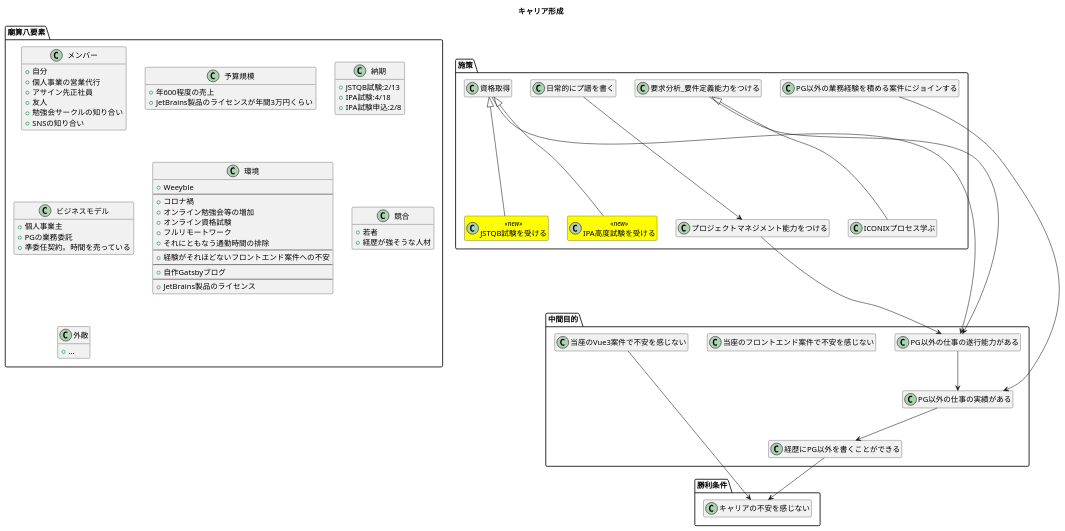
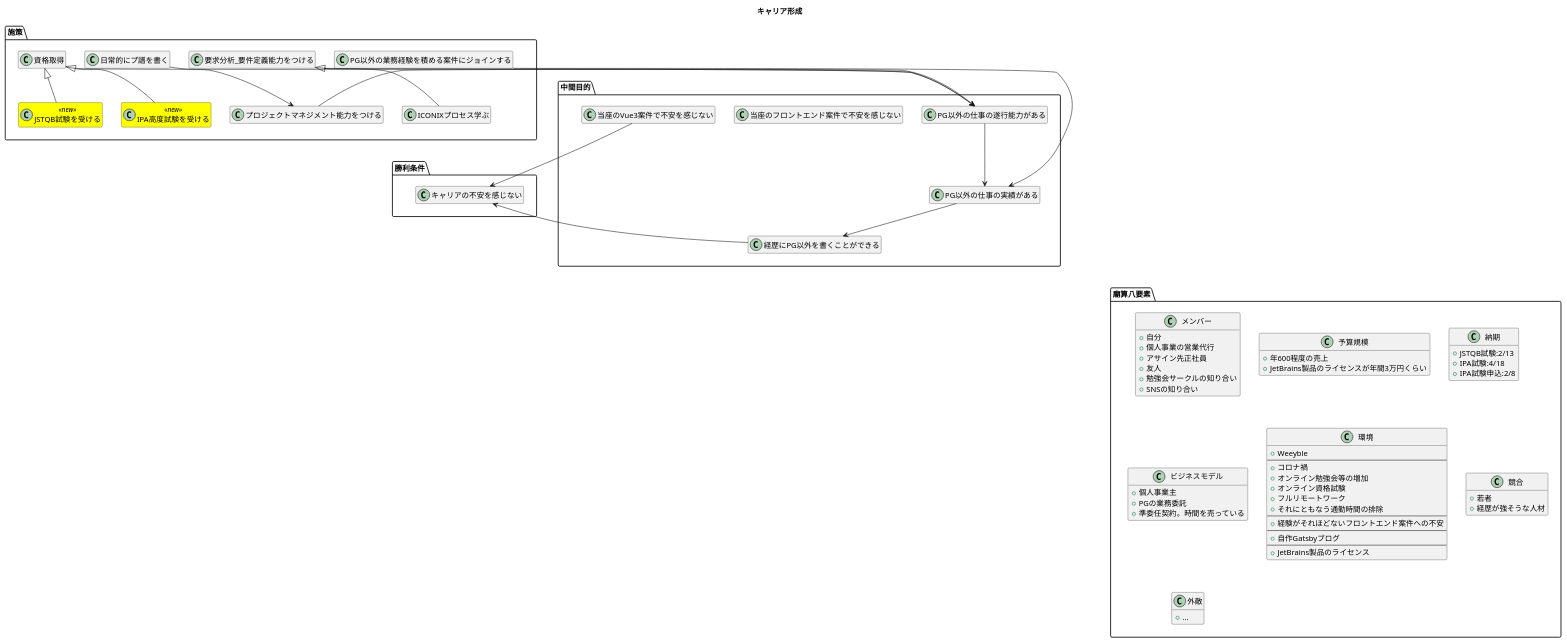
One commit to wand2016/life changed the diagram in career/20210117_2.puml. Above: the diagram before and after it, drawn with PlantUML. The commit also changed 5 other files, not shown here.

```diff
--- a/career/20210117_2.puml
+++ b/career/20210117_2.puml
@@ -1,89 +1,94 @@
 @startuml
 
 title キャリア形成
 
 hide empty members
 skinparam class {
   BackgroundColor<<deprecated>> Grey
   BackgroundColor<<new>> Yellow
 }
 
 package 勝利条件 {
   class キャリアの不安を感じない
 }
 package 中間目的 {
   class 経歴にPG以外を書くことができる
   経歴にPG以外を書くことができる --> キャリアの不安を感じない
 
   class PG以外の仕事の実績がある
   PG以外の仕事の実績がある --> 経歴にPG以外を書くことができる
 
   class PG以外の仕事の遂行能力がある
   PG以外の仕事の遂行能力がある --> PG以外の仕事の実績がある
 
   class 当座のフロントエンド案件で不安を感じない
   当座のVue3案件で不安を感じない --> キャリアの不安を感じない
 }
 
 package 施策 {
   プロジェクトマネジメント能力をつける --> PG以外の仕事の遂行能力がある
   日常的にプ譜を書く --> プロジェクトマネジメント能力をつける
 
   要求分析_要件定義能力をつける --> PG以外の仕事の遂行能力がある
   class ICONIXプロセス学ぶ extends 要求分析_要件定義能力をつける
 
   PG以外の業務経験を積める案件にジョインする --> PG以外の仕事の実績がある
 
   資格取得 --> PG以外の仕事の遂行能力がある
   class JSTQB試験を受ける<<new>> extends 資格取得
   class IPA高度試験を受ける<<new>> extends 資格取得
 }
 
 package 廟算八要素 {
   class メンバー {
    + 自分
    + 個人事業の営業代行
    + アサイン先正社員
    + 友人
    + 勉強会サークルの知り合い
    + SNSの知り合い
   }
   class 予算規模 {
    + 年600程度の売上
    + JetBrains製品のライセンスが年間3万円くらい
   }
   class 納期 {
    + JSTQB試験:2/13
    + IPA試験:4/18
    + IPA試験申込:2/8
   }
   class ビジネスモデル {
    + 個人事業主
    + PGの業務委託
    + 準委任契約。時間を売っている
   }
   class 環境 {
    + Weeyble
    --
    + コロナ禍
    + オンライン勉強会等の増加
    + オンライン資格試験
    + フルリモートワーク
    + それにともなう通勤時間の排除
    --
    + 経験がそれほどないフロントエンド案件への不安
    --
    + 自作Gatsbyブログ
    --
    + JetBrains製品のライセンス
   }
   class 競合 {
    + 若者
    + 経歴が強そうな人材
   }
   class 外敵 {
    + ...
   }
 }
 
+
+中間目的 --u[hidden]--> 勝利条件
+施策 --u[hidden]--> 中間目的
+廟算八要素 ---u[hidden]--> 施策
+
 @enduml
```
